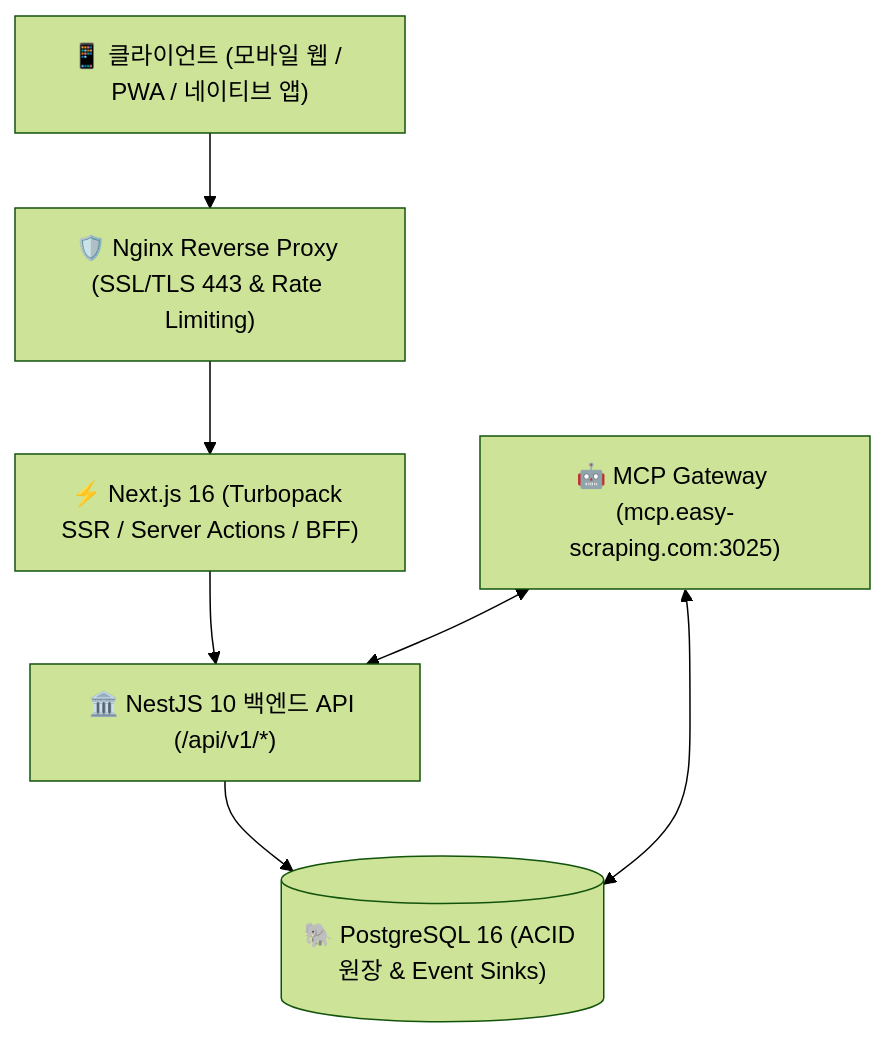
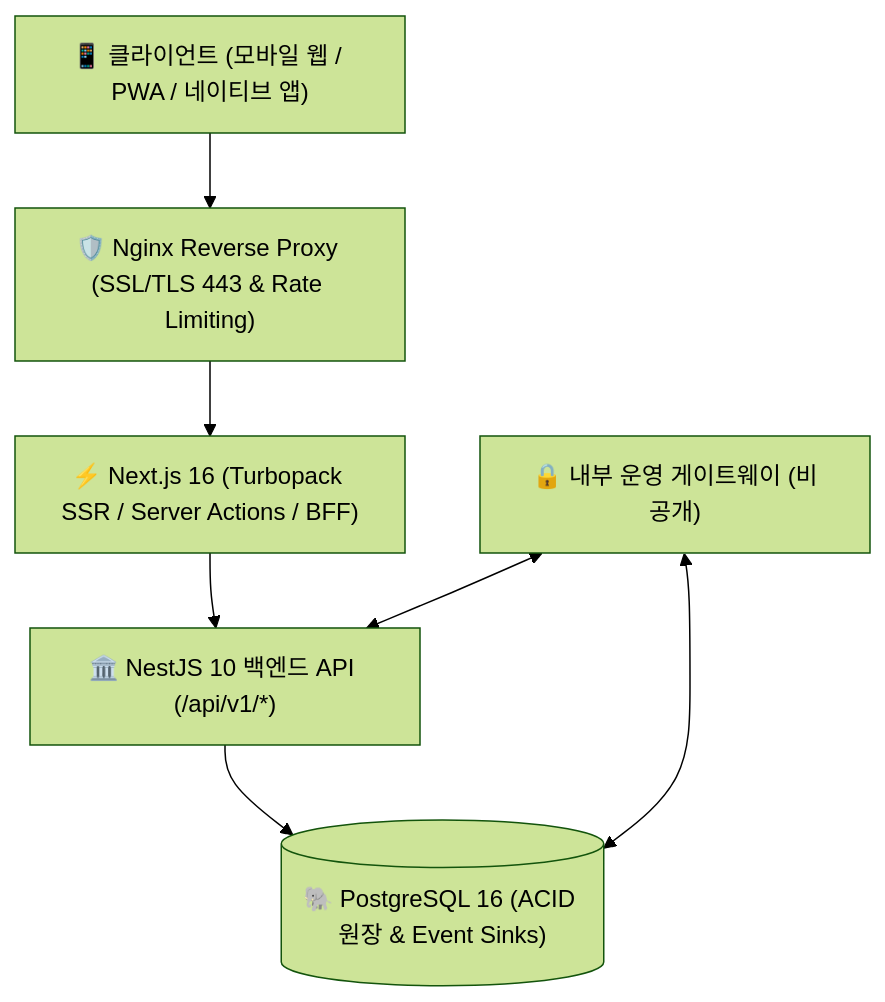
One commit to wtrdd1-hash/woldeok-moneyverse-app changed the first of 2 diagrams in docs/APP_SPEC_AND_USER_GUIDE.ko.md. Above: the diagram before and after it, drawn with Mermaid (forest theme). The commit also changed other lines of this file and 24 other files, not shown here.

````diff
--- a/docs/APP_SPEC_AND_USER_GUIDE.ko.md
+++ b/docs/APP_SPEC_AND_USER_GUIDE.ko.md
@@ -18,16 +18,16 @@
 ```mermaid
 flowchart TD
     Client["📱 클라이언트 (모바일 웹 / PWA / 네이티브 앱)"]
     Nginx["🛡️ Nginx Reverse Proxy (SSL/TLS 443 & Rate Limiting)"]
     BFF["⚡ Next.js 16 (Turbopack SSR / Server Actions / BFF)"]
     API["🏛️ NestJS 10 백엔드 API (/api/v1/*)"]
     DB[("🐘 PostgreSQL 16 (ACID 원장 & Event Sinks)")]
-    MCP["🤖 MCP Gateway (mcp.easy-scraping.com:3025)"]
+    MCP["🔒 내부 운영 게이트웨이 (비공개)"]
 
     Client --> Nginx
     Nginx --> BFF
     BFF --> API
     API --> DB
     MCP <--> API
     MCP <--> DB
 ```
````
